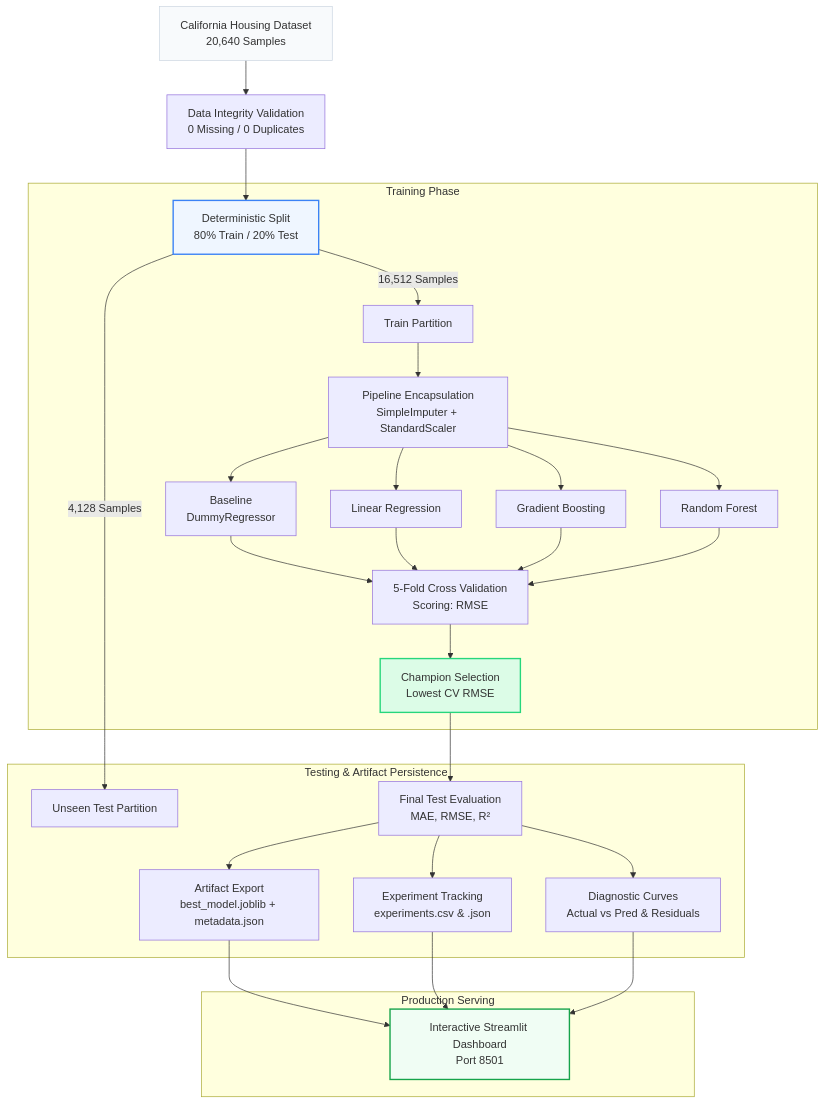
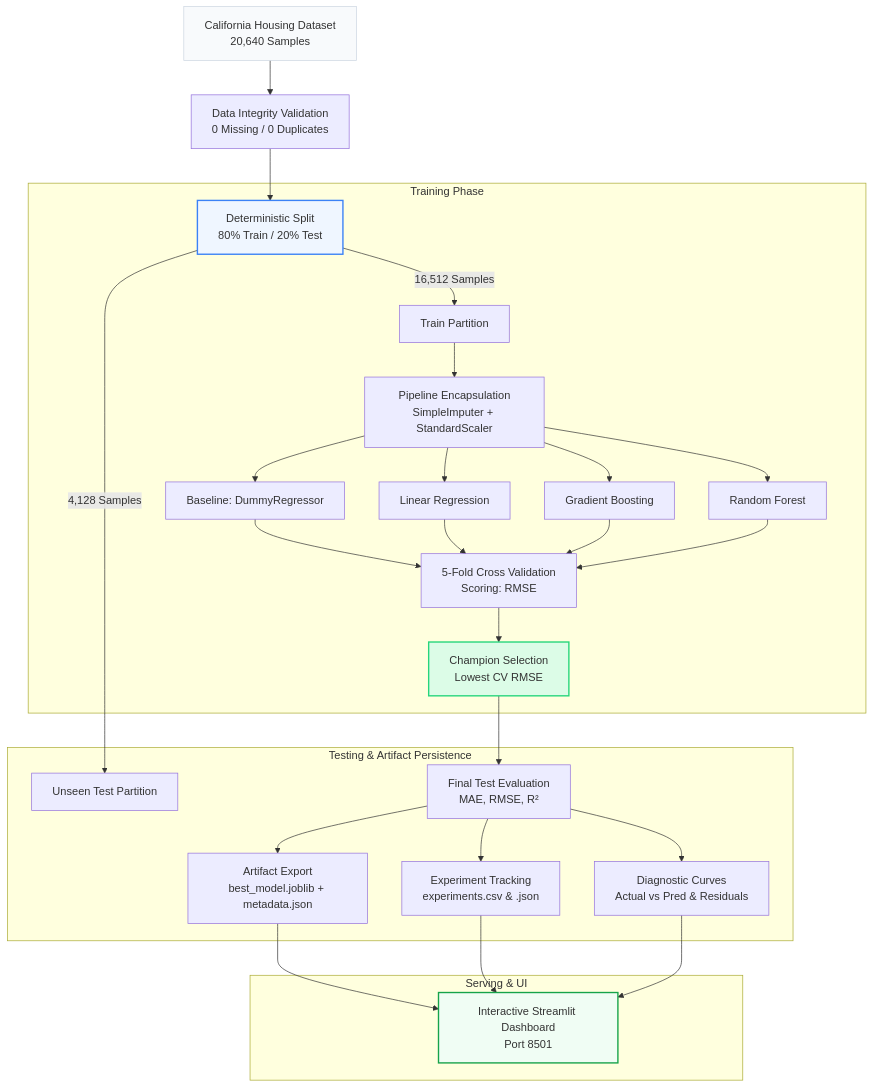
One commit to VarunNa3530J/LM-Model-Lab changed the diagram in README.md. Above: the diagram before and after it, drawn with Mermaid. The commit also changed other lines of this file and 6 other files, not shown here.

````diff
--- a/README.md
+++ b/README.md
@@ -43,34 +72,34 @@
 ```mermaid
 flowchart TD
     A[California Housing Dataset<br/>20,640 Samples] --> B[Data Integrity Validation<br/>0 Missing / 0 Duplicates]
     B --> C[Deterministic Split<br/>80% Train / 20% Test]
     
     subgraph Training Phase
         C -->|16,512 Samples| D[Train Partition]
         D --> E[Pipeline Encapsulation<br/>SimpleImputer + StandardScaler]
-        E --> F1[Baseline<br/>DummyRegressor]
+        E --> F1[Baseline: DummyRegressor]
         E --> F2[Linear Regression]
         E --> F3[Gradient Boosting]
         E --> F4[Random Forest]
         
         F1 & F2 & F3 & F4 --> G[5-Fold Cross Validation<br/>Scoring: RMSE]
         G --> H[Champion Selection<br/>Lowest CV RMSE]
     end
 
     subgraph Testing & Artifact Persistence
         C -->|4,128 Samples| I[Unseen Test Partition]
         H --> J[Final Test Evaluation<br/>MAE, RMSE, R²]
         J --> K[Artifact Export<br/>best_model.joblib + metadata.json]
         J --> L[Experiment Tracking<br/>experiments.csv & .json]
         J --> M[Diagnostic Curves<br/>Actual vs Pred & Residuals]
     end
 
-    subgraph Production Serving
+    subgraph Serving & UI
         K & L & M --> N[Interactive Streamlit Dashboard<br/>Port 8501]
     end
 
     style A fill:#F8FAFC,stroke:#CBD5E1,stroke-width:1px
     style C fill:#EFF6FF,stroke:#3B82F6,stroke-width:2px
     style H fill:#DCFCE7,stroke:#26D67C,stroke-width:2px
     style N fill:#F0FDF4,stroke:#16A34A,stroke-width:2px
 ```
````
